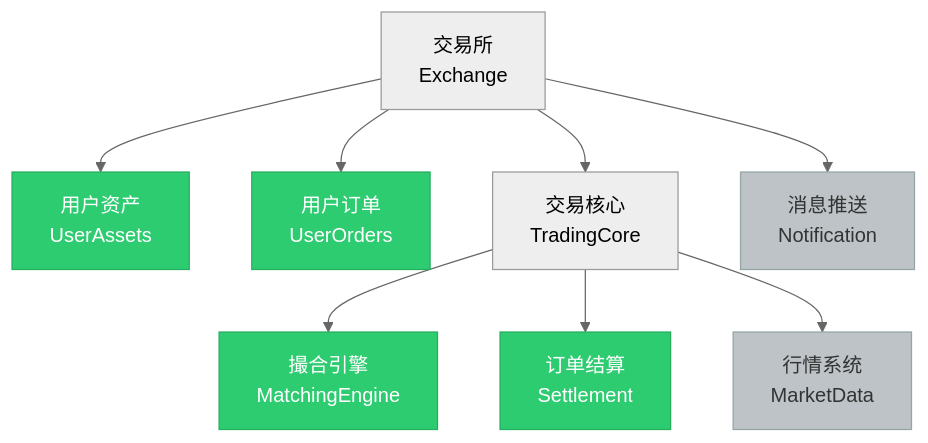
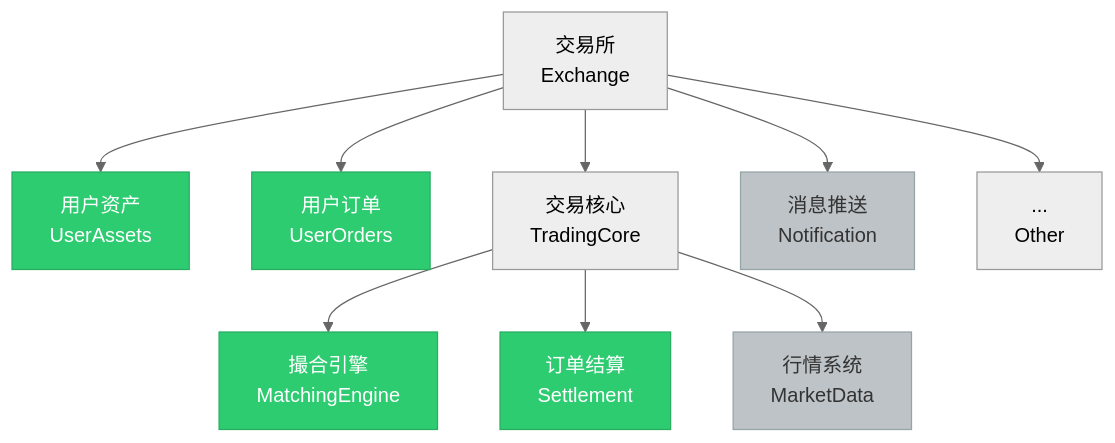
One commit to yzimhao/trading_engine changed the diagram in readme.md. Above: the diagram before and after it, drawn with Mermaid (neutral theme).

````diff
--- a/readme.md
+++ b/readme.md
@@ -17,22 +17,23 @@
 ```mermaid
 graph TD
     classDef done fill:#2ecc71,stroke:#27ae60,color:#fff  
     classDef pending fill:#bdc3c7,stroke:#95a5a6,color:#333
 
     A[交易所<br>Exchange]
     A --> AA[用户资产<br>UserAssets]
     class AA done
 
     A --> AB[用户订单<br>UserOrders]
     class AB done
     A --> AC[交易核心<br>TradingCore]
     A --> AD[消息推送<br>Notification]
     class AD pending
+    A --> AZ[...<br>Other]
 
     AC --> AC1[撮合引擎<br>MatchingEngine]
     class AC1 done
     AC --> AC2[订单结算<br>Settlement]
     class AC2 done
     AC --> AC3[行情系统<br>MarketData]
     class AC3 pending
 ```
````
